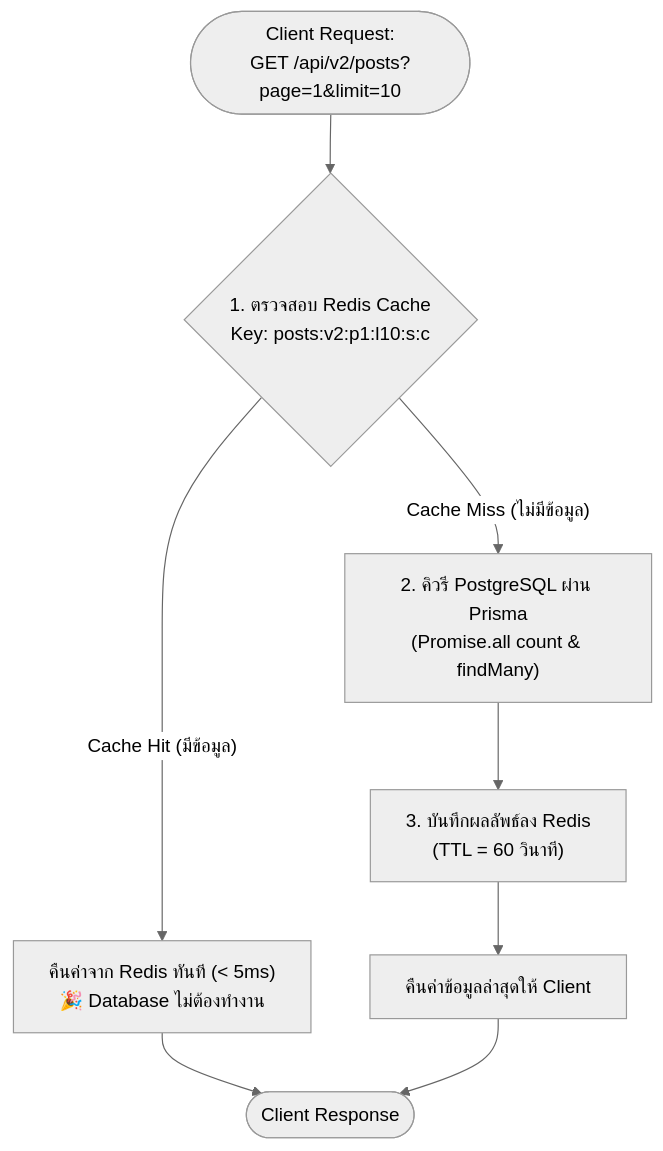
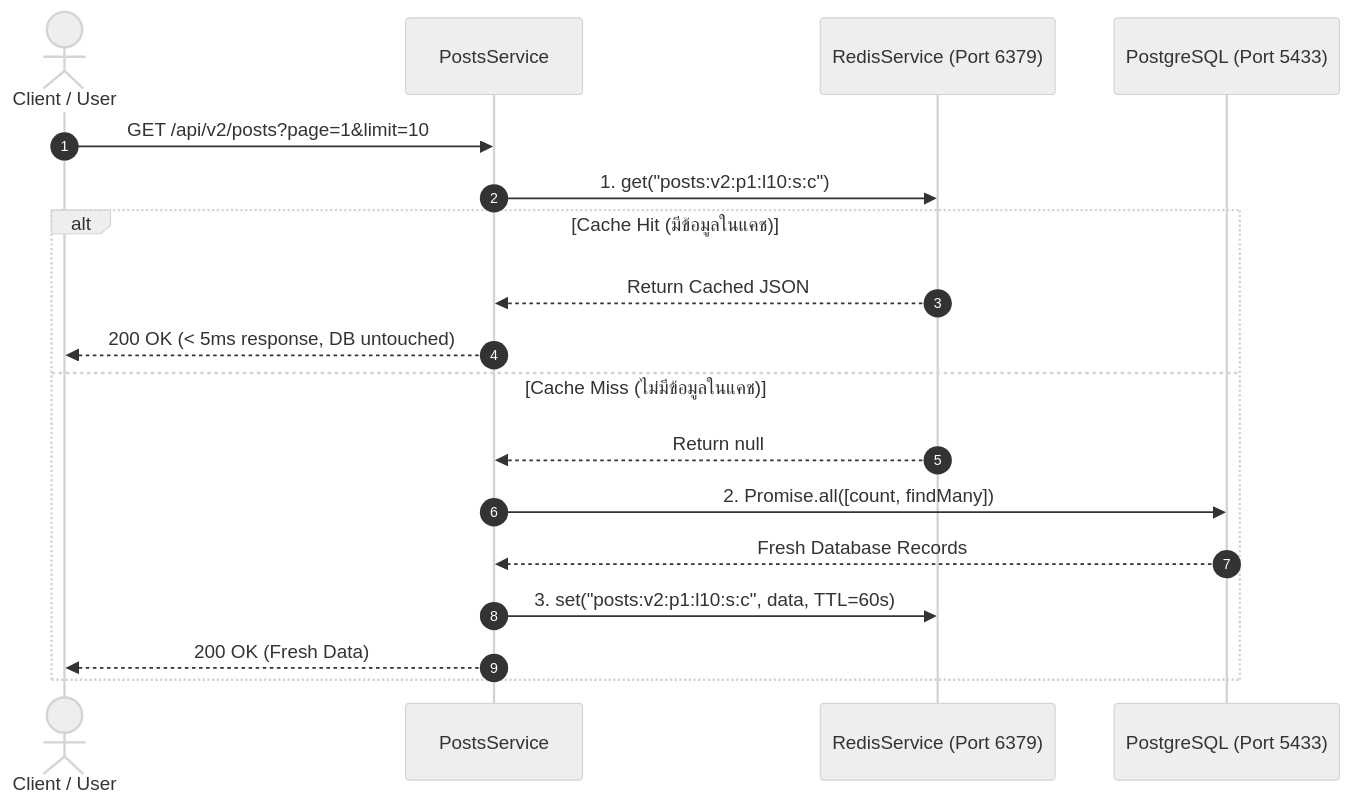
Before and after one commit to AranGit/nestjs-prisma-blog-api: the sixth of 7 diagrams in docs/blog-api-guide.md, drawn with Mermaid (neutral theme). The commit also changed other lines of this file and 2 other files, not shown here.

Commit message:
docs: transform all documentation into zero-emoji infographic style with enhanced diagrams and matrices

````diff
--- a/docs/blog-api-guide.md
+++ b/docs/blog-api-guide.md
@@ -290,10 +350,22 @@
 ```mermaid
-flowchart TD
-    Req([Client Request:\nGET /api/v2/posts?page=1&limit=10]) --> Check{"1. ตรวจสอบ Redis Cache\nKey: posts:v2:p1:l10:s:c"}
-    Check -- "Cache Hit (มีข้อมูล)" --> RetCached["คืนค่าจาก Redis ทันที (< 5ms)\n🎉 Database ไม่ต้องทำงาน"]
-    Check -- "Cache Miss (ไม่มีข้อมูล)" --> QueryDB["2. คิวรี PostgreSQL ผ่าน Prisma\n(Promise.all count & findMany)"]
-    QueryDB --> SaveCache["3. บันทึกผลลัพธ์ลง Redis\n(TTL = 60 วินาที)"]
-    SaveCache --> RetFresh["คืนค่าข้อมูลล่าสุดให้ Client"]
-    RetCached --> Resp([Client Response])
-    RetFresh --> Resp
+sequenceDiagram
+    autonumber
+    actor Client as Client / User
+    participant Service as PostsService
+    participant Cache as RedisService (Port 6379)
+    participant DB as PostgreSQL (Port 5433)
+
+    Client->>Service: GET /api/v2/posts?page=1&limit=10
+    Service->>Cache: 1. get("posts:v2:p1:l10:s:c")
+    
+    alt Cache Hit (มีข้อมูลในแคช)
+        Cache-->>Service: Return Cached JSON
+        Service-->>Client: 200 OK (< 5ms response, DB untouched)
+    else Cache Miss (ไม่มีข้อมูลในแคช)
+        Cache-->>Service: Return null
+        Service->>DB: 2. Promise.all([count, findMany])
+        DB-->>Service: Fresh Database Records
+        Service->>Cache: 3. set("posts:v2:p1:l10:s:c", data, TTL=60s)
+        Service-->>Client: 200 OK (Fresh Data)
+    end
 ```
````
